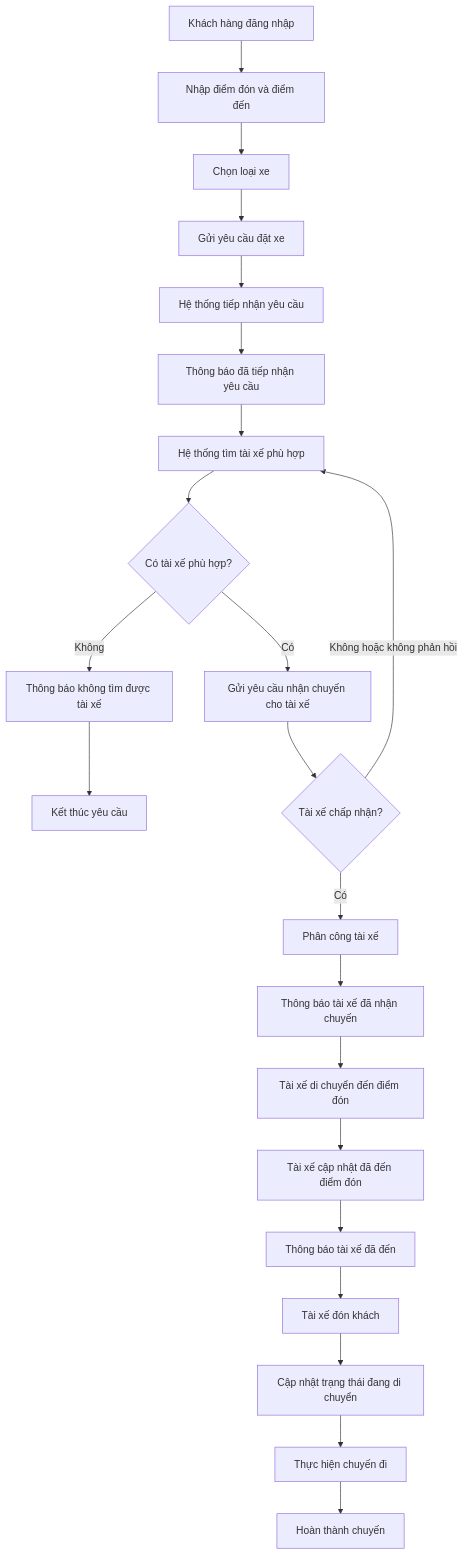
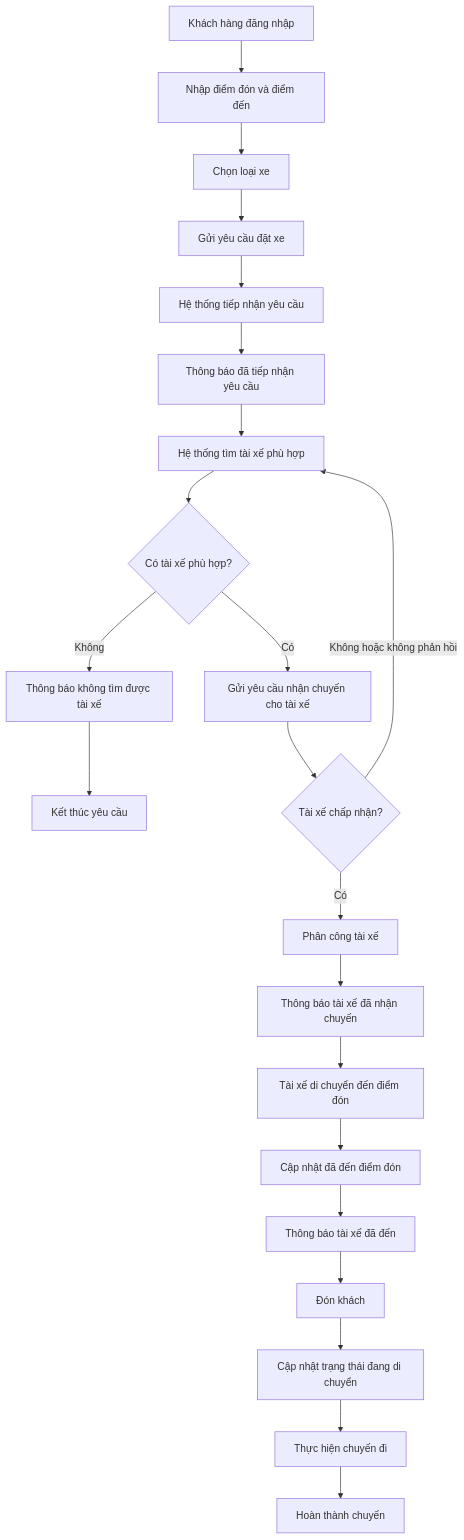
One commit to ngoclinh090608-wq/23707801_Nguyen-Thi-Ngoc-Linh_CABSYSTEM changed the second of 4 diagrams in srs.md. Above: the diagram before and after it, drawn with Mermaid. The commit also changed other lines of this file, not shown here.

````diff
--- a/srs.md
+++ b/srs.md
@@ -122,31 +104,31 @@
 ```mermaid
 flowchart TD
     A[Khách hàng đăng nhập] --> B[Nhập điểm đón và điểm đến]
     B --> C[Chọn loại xe]
     C --> D[Gửi yêu cầu đặt xe]
 
     D --> E[Hệ thống tiếp nhận yêu cầu]
     E --> F[Thông báo đã tiếp nhận yêu cầu]
     F --> G[Hệ thống tìm tài xế phù hợp]
 
     G --> H{Có tài xế phù hợp?}
 
     H -- Không --> I[Thông báo không tìm được tài xế]
     I --> Z[Kết thúc yêu cầu]
 
     H -- Có --> J[Gửi yêu cầu nhận chuyến cho tài xế]
     J --> K{Tài xế chấp nhận?}
 
     K -- Không hoặc không phản hồi --> G
     K -- Có --> L[Phân công tài xế]
 
     L --> M[Thông báo tài xế đã nhận chuyến]
     M --> N[Tài xế di chuyển đến điểm đón]
-    N --> O[Tài xế cập nhật đã đến điểm đón]
+    N --> O[Cập nhật đã đến điểm đón]
     O --> P[Thông báo tài xế đã đến]
 
-    P --> Q[Tài xế đón khách]
+    P --> Q[Đón khách]
     Q --> R[Cập nhật trạng thái đang di chuyển]
     R --> S[Thực hiện chuyến đi]
     S --> T[Hoàn thành chuyến]
 ```
````
